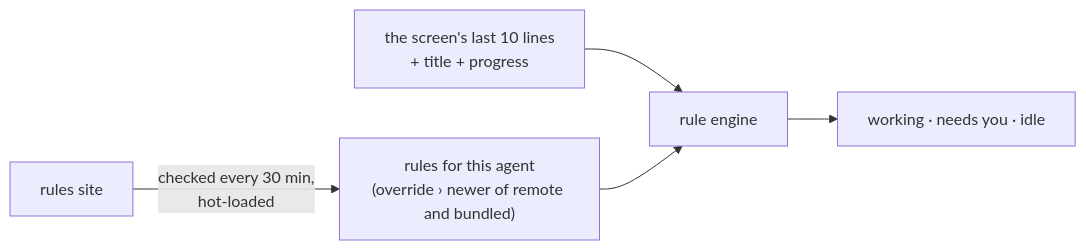
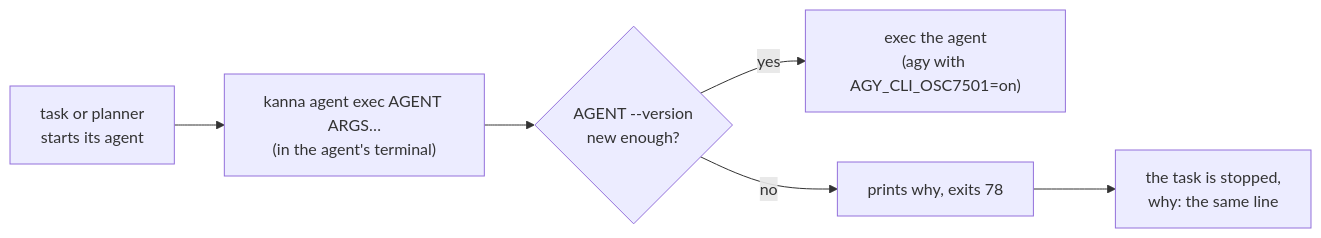
The second of 3 diagrams in docs/specs/agent-status.md (tampopogk/kanna), drawn with Mermaid before and after one commit. The commit also changed other lines of this file and 14 other files, not shown here.

Commit message:
Specs: agent status comes only from OSC 7501; Kanna's agents are claude, codex, opencode and agy, gated by version; copilot and the screen rules go

````diff
--- a/docs/specs/agent-status.md
+++ b/docs/specs/agent-status.md
@@ -54,7 +68,8 @@
 ```mermaid
 flowchart LR
-    S["the screen's last 10 lines<br/>+ title + progress"] --> E["rule engine"]
-    R["rules for this agent<br/>(override › newer of remote and bundled)"] --> E
-    E --> V["working · needs you · idle"]
-    H["rules site"] -->|"checked every 30 min,<br/>hot-loaded"| R
+    T["task or planner<br/>starts its agent"] --> G["kanna agent exec AGENT ARGS…<br/>(in the agent's terminal)"]
+    G --> V{"AGENT --version<br/>new enough?"}
+    V -->|yes| X["exec the agent<br/>(agy with AGY_CLI_OSC7501=on)"]
+    V -->|no| R["prints why, exits 78"]
+    R --> S["the task is stopped,<br/>why: the same line"]
 ```
````
